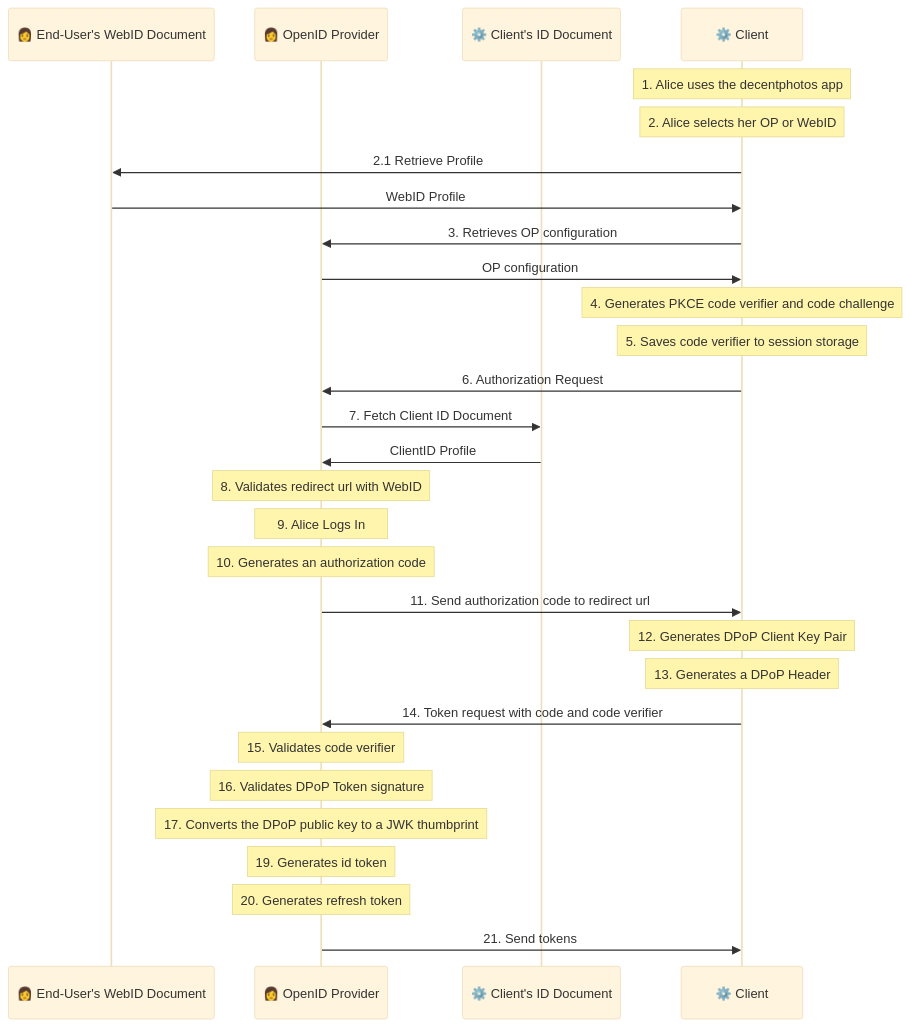
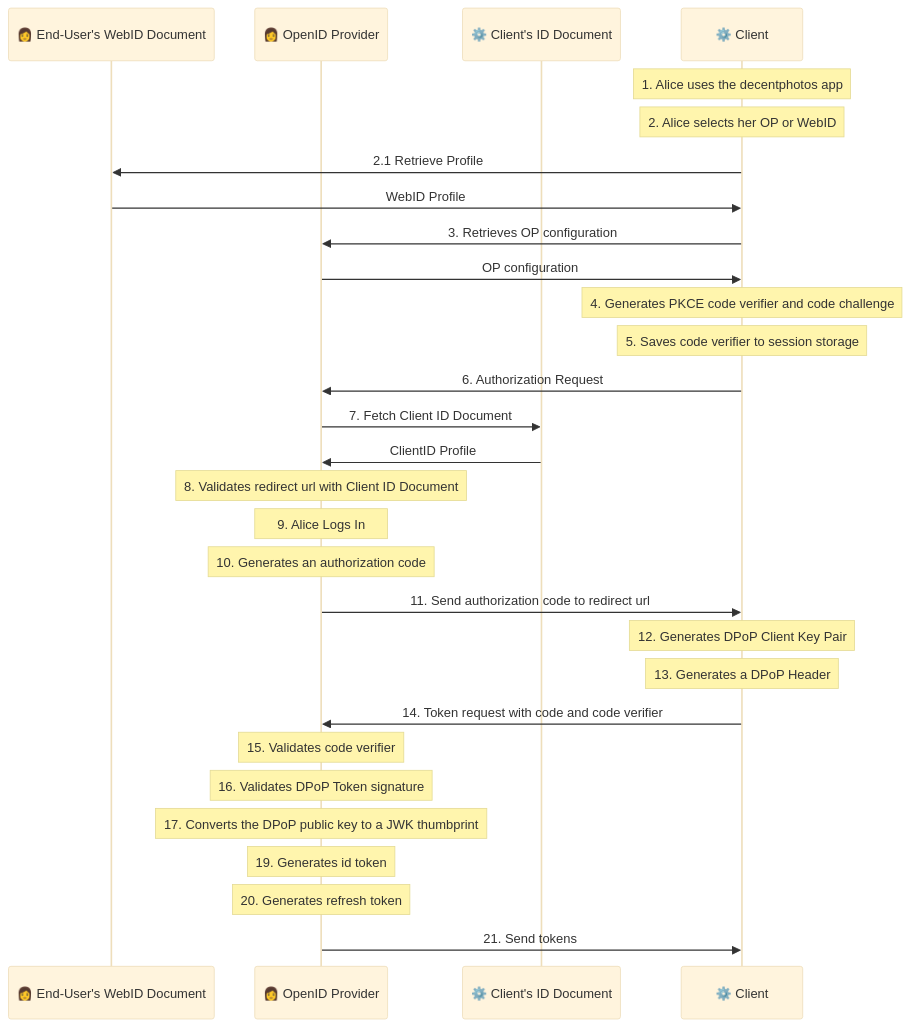
The diagram in primer/primer-login.mmd (solid/solid-oidc), drawn with Mermaid (base theme) before and after one commit.

Commit message:
Update primer-login.mmd
Correct  Step 8:  WebID to Client ID Document

```diff
--- a/primer/primer-login.mmd
+++ b/primer/primer-login.mmd
@@ -1,29 +1,29 @@
 sequenceDiagram
   participant WebID as 👩 End-User's WebID Document
   participant OP as 👩 OpenID Provider
   participant ClientID as ⚙️ Client's ID Document
   participant Client as ⚙️ Client
   note over Client: 1. Alice uses the decentphotos app
   note over Client: 2. Alice selects her OP or WebID
   Client->>WebID: 2.1 Retrieve Profile
   WebID->>Client: WebID Profile
   Client->>OP: 3. Retrieves OP configuration
   OP->>Client: OP configuration
   note over Client: 4. Generates PKCE code verifier and code challenge
   note over Client: 5. Saves code verifier to session storage
   Client->>OP: 6. Authorization Request
   OP->>ClientID: 7. Fetch Client ID Document
   ClientID->>OP: ClientID Profile
-  note over OP: 8. Validates redirect url with WebID
+  note over OP: 8. Validates redirect url with Client ID Document
   note over OP: 9. Alice Logs In
   note over OP: 10. Generates an authorization code
   OP->>Client: 11. Send authorization code to redirect url
   note over Client: 12. Generates DPoP Client Key Pair
   note over Client: 13. Generates a DPoP Header
   Client->>OP: 14. Token request with code and code verifier
   note over OP: 15. Validates code verifier
   note over OP: 16. Validates DPoP Token signature
   note over OP: 17. Converts the DPoP public key to a JWK thumbprint
   note over OP: 19. Generates id token
   note over OP: 20. Generates refresh token
   OP->>Client: 21. Send tokens
```
